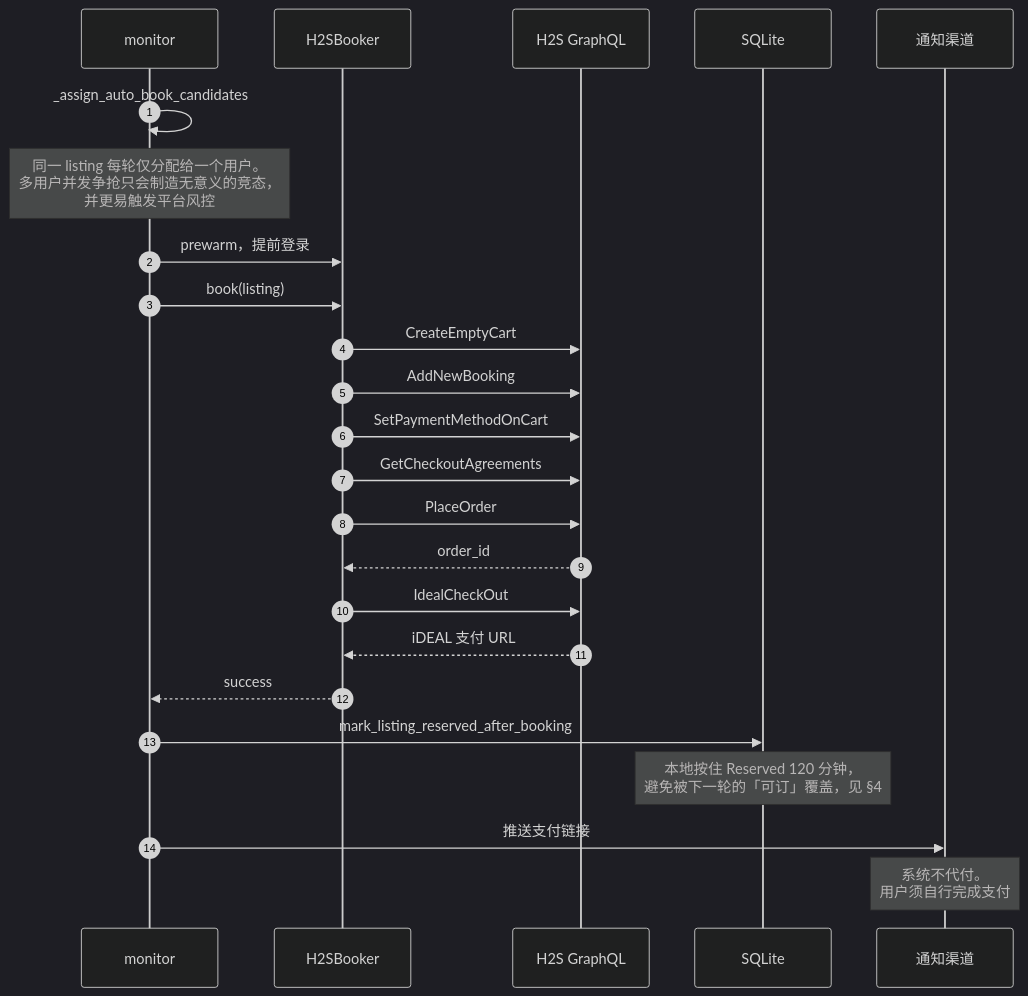
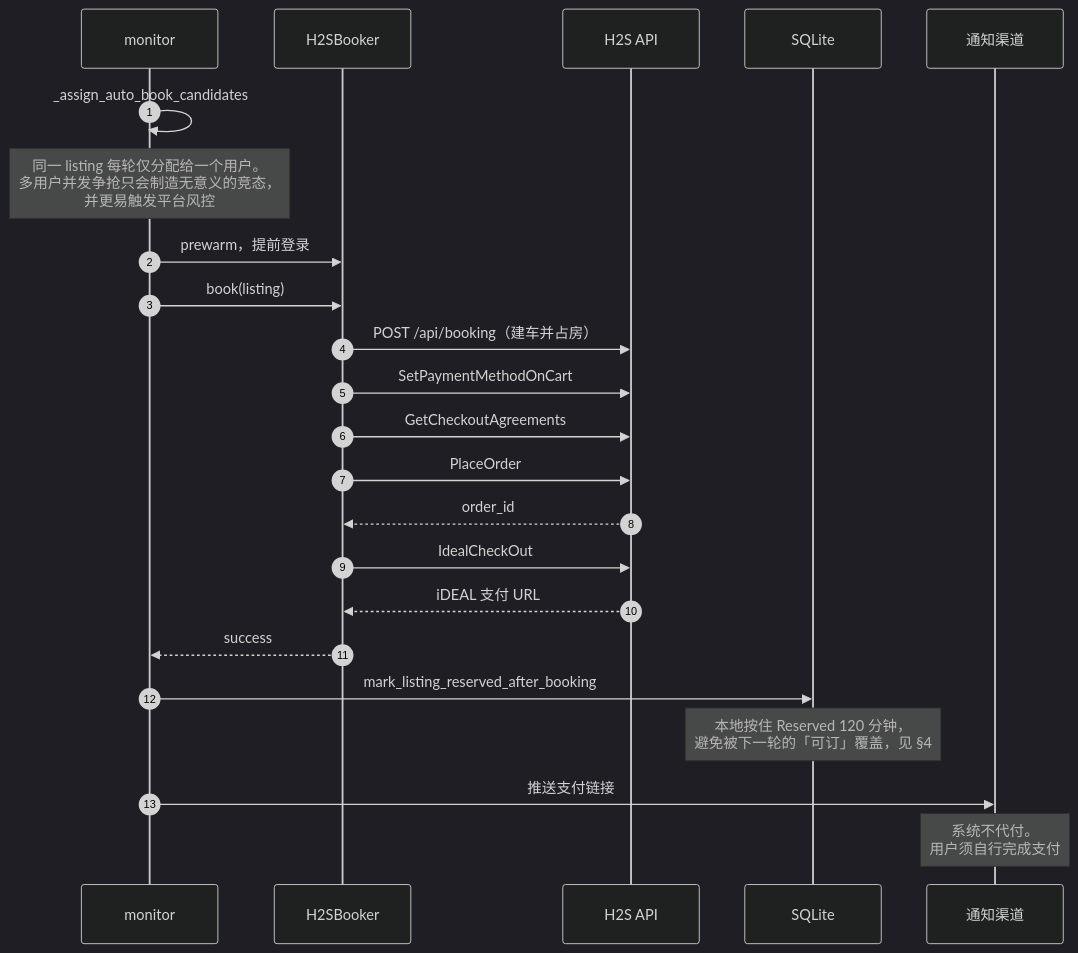
The sixth of 6 diagrams in docs/ARCHITECTURE.md (751K/holland2stay-monitor), drawn with Mermaid (dark theme) before and after one commit. The commit also changed other lines of this file and 13 other files, not shown here.

````diff
--- a/docs/ARCHITECTURE.md
+++ b/docs/ARCHITECTURE.md
@@ -1367,29 +1361,28 @@
 ```mermaid
 sequenceDiagram
     autonumber
     participant M as monitor
     participant B as H2SBooker
-    participant G as H2S GraphQL
+    participant G as H2S API
     participant DB as SQLite
     participant N as 通知渠道
 
     M->>M: _assign_auto_book_candidates
     Note over M: 同一 listing 每轮仅分配给一个用户。<br/>多用户并发争抢只会制造无意义的竞态，<br/>并更易触发平台风控
     M->>B: prewarm，提前登录
 
     M->>B: book(listing)
-    B->>G: CreateEmptyCart
-    B->>G: AddNewBooking
+    B->>G: POST /api/booking（建车并占房）
     B->>G: SetPaymentMethodOnCart
     B->>G: GetCheckoutAgreements
     B->>G: PlaceOrder
     G-->>B: order_id
     B->>G: IdealCheckOut
     G-->>B: iDEAL 支付 URL
     B-->>M: success
 
     M->>DB: mark_listing_reserved_after_booking
     Note over DB: 本地按住 Reserved 120 分钟，<br/>避免被下一轮的「可订」覆盖，见 §4
     M->>N: 推送支付链接
     Note over N: 系统不代付。<br/>用户须自行完成支付
 ```
````
